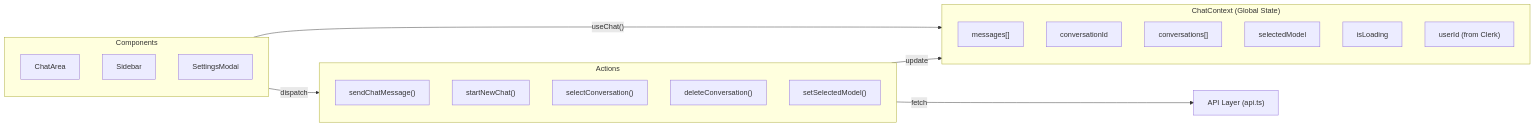
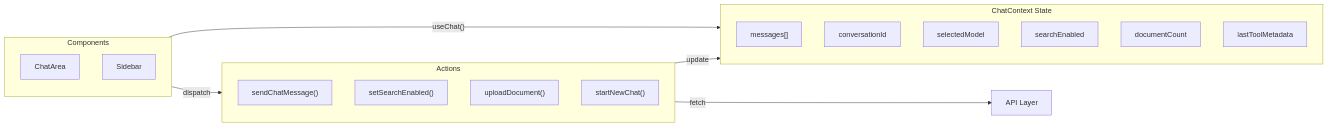
The seventh of 8 diagrams in README.md (Aafimalek/t3_chat), drawn with Mermaid before and after one commit. The commit also changed other lines of this file, not shown here.

````diff
--- a/README.md
+++ b/README.md
@@ -428,31 +702,29 @@
 ```mermaid
 flowchart LR
-    subgraph ChatContext["ChatContext (Global State)"]
+    subgraph ChatContext["ChatContext State"]
         direction TB
         Messages["messages[]"]
         ConvoId["conversationId"]
-        Convos["conversations[]"]
         Model["selectedModel"]
-        Loading["isLoading"]
-        UserId["userId (from Clerk)"]
+        SearchEnabled["searchEnabled"]
+        DocCount["documentCount"]
+        ToolMeta["lastToolMetadata"]
     end
 
     subgraph Actions["Actions"]
         SendMsg["sendChatMessage()"]
+        ToggleSearch["setSearchEnabled()"]
+        UploadDoc["uploadDocument()"]
         NewChat["startNewChat()"]
-        SelectConvo["selectConversation()"]
-        DeleteConvo["deleteConversation()"]
-        SetModel["setSelectedModel()"]
     end
 
     subgraph Components["Components"]
         ChatArea["ChatArea"]
         Sidebar["Sidebar"]
-        Settings["SettingsModal"]
     end
 
     Components -->|"useChat()"| ChatContext
     Components -->|"dispatch"| Actions
     Actions -->|"update"| ChatContext
-    Actions -->|"fetch"| API["API Layer (api.ts)"]
+    Actions -->|"fetch"| API["API Layer"]
 ```
````
